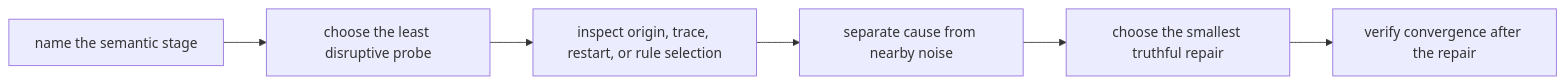
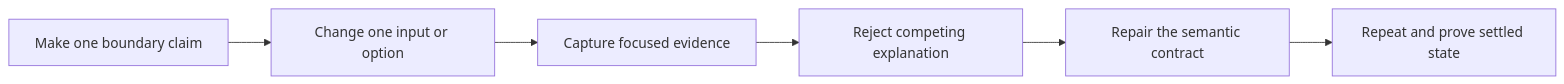
Before and after one commit to bijux/bijux-masterclass: the first of 2 diagrams in programs/reproducible-research/deep-dive-make/course-book/module-04-rule-semantics-precedence-edge-cases/exercises.md, drawn with Mermaid. The commit also changed other lines of this file, not shown here.

Commit message:
docs(make): make semantics practice cumulative

````diff
--- a/programs/reproducible-research/deep-dive-make/course-book/module-04-rule-semantics-precedence-edge-cases/exercises.md
+++ b/programs/reproducible-research/deep-dive-make/course-book/module-04-rule-semantics-precedence-edge-cases/exercises.md
@@ -70,11 +26,11 @@
 ```mermaid
 flowchart LR
-  stage["name the semantic stage"]
-  probe["choose the least disruptive probe"]
-  inspect["inspect origin, trace, restart, or rule selection"]
-  isolate["separate cause from nearby noise"]
-  repair["choose the smallest truthful repair"]
-  verify["verify convergence after the repair"]
+  claim["Make one boundary claim"]
+  control["Change one input or option"]
+  observe["Capture focused evidence"]
+  reject["Reject competing explanation"]
+  repair["Repair the semantic contract"]
+  repeat["Repeat and prove settled state"]
 
-  stage --> probe --> inspect --> isolate --> repair --> verify
+  claim --> control --> observe --> reject --> repair --> repeat
 ```
````
